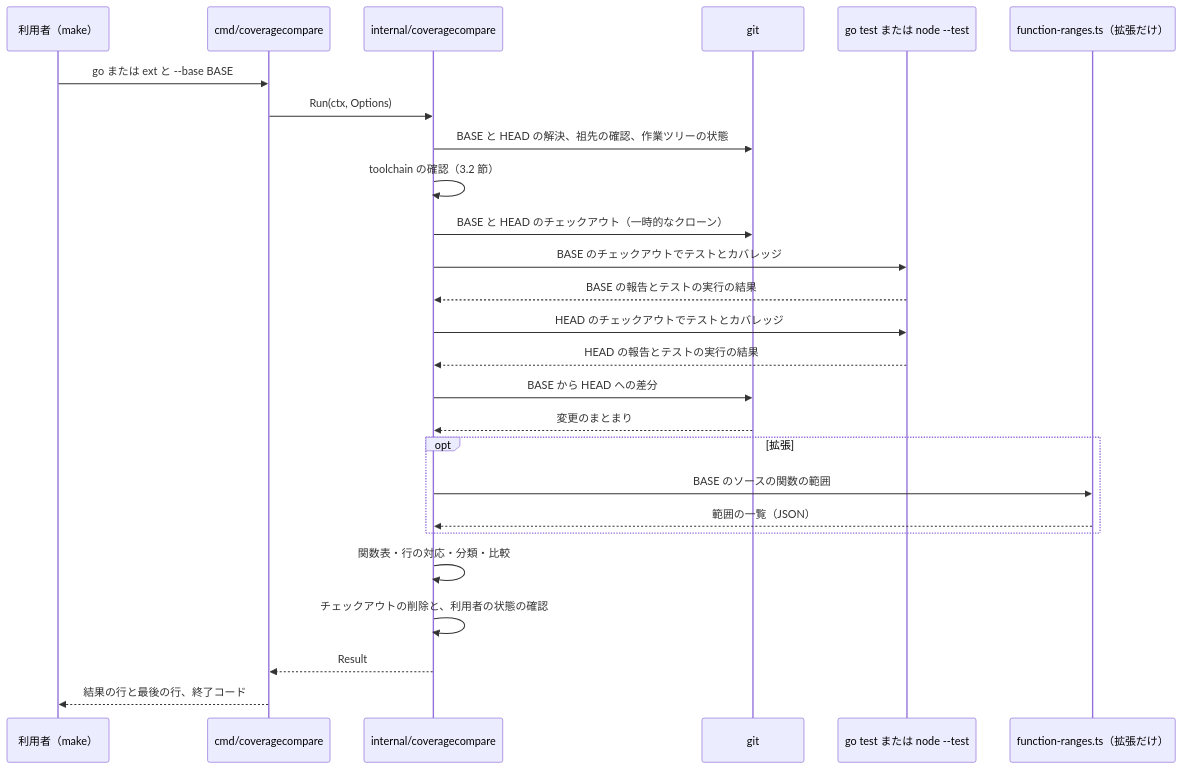
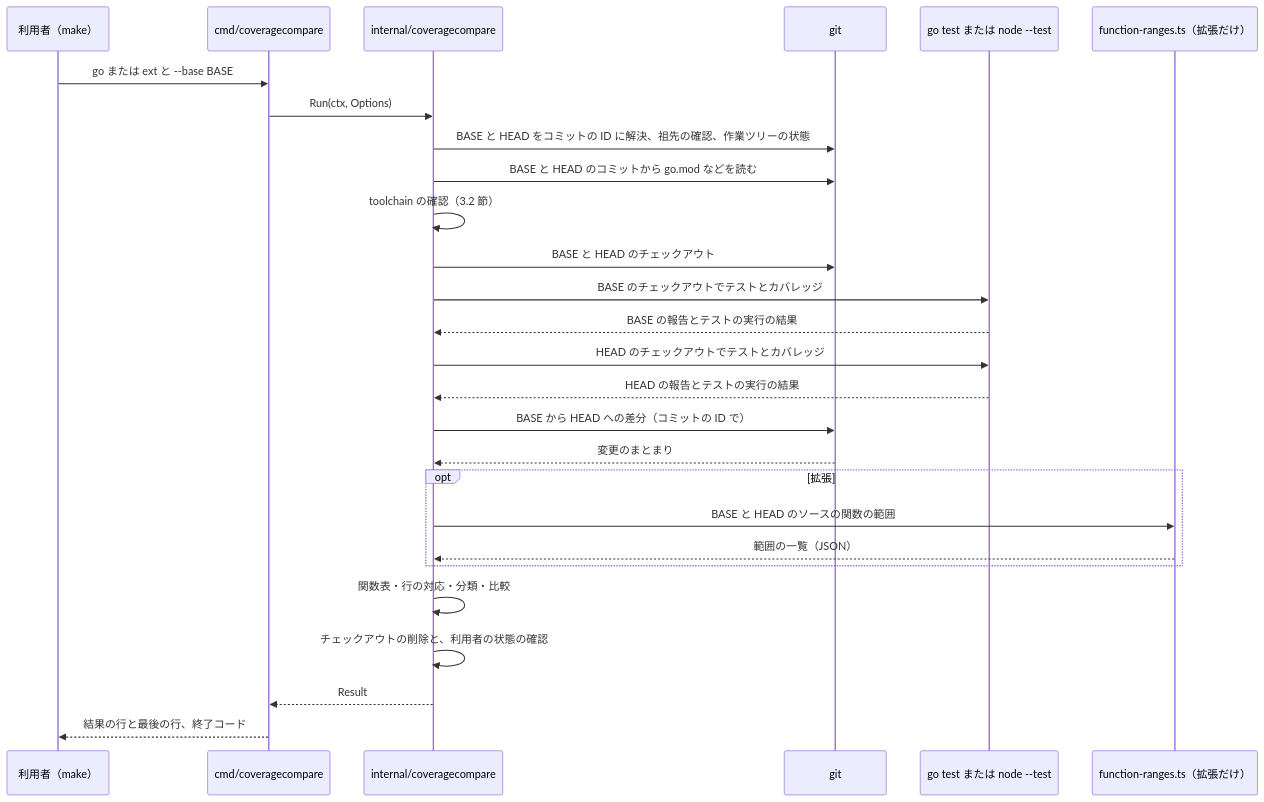
Before and after one commit to isseis/yt2column: the third of 4 diagrams in docs/tasks/0055_coverage_compare/02_architecture.md, drawn with Mermaid. The commit also changed other lines of this file, not shown here.

First line of the commit message:
docs(0055): address the architecture review and Japanese prose findings

````diff
--- a/docs/tasks/0055_coverage_compare/02_architecture.md
+++ b/docs/tasks/0055_coverage_compare/02_architecture.md
@@ -164,29 +171,30 @@
 ```mermaid
 sequenceDiagram
     participant U as 利用者（make）
     participant M as cmd/coveragecompare
     participant C as internal/coveragecompare
     participant G as git
     participant T as go test または node --test
     participant R as function-ranges.ts（拡張だけ）
 
     U->>M: go または ext と --base BASE
     M->>C: Run(ctx, Options)
-    C->>G: BASE と HEAD の解決、祖先の確認、作業ツリーの状態
+    C->>G: BASE と HEAD をコミットの ID に解決、祖先の確認、作業ツリーの状態
+    C->>G: BASE と HEAD のコミットから go.mod などを読む
     C->>C: toolchain の確認（3.2 節）
-    C->>G: BASE と HEAD のチェックアウト（一時的なクローン）
+    C->>G: BASE と HEAD のチェックアウト
     C->>T: BASE のチェックアウトでテストとカバレッジ
     T-->>C: BASE の報告とテストの実行の結果
     C->>T: HEAD のチェックアウトでテストとカバレッジ
     T-->>C: HEAD の報告とテストの実行の結果
-    C->>G: BASE から HEAD への差分
+    C->>G: BASE から HEAD への差分（コミットの ID で）
     G-->>C: 変更のまとまり
     opt 拡張
-        C->>R: BASE のソースの関数の範囲
+        C->>R: BASE と HEAD のソースの関数の範囲
         R-->>C: 範囲の一覧（JSON）
     end
     C->>C: 関数表・行の対応・分類・比較
     C->>C: チェックアウトの削除と、利用者の状態の確認
     C-->>M: Result
     M-->>U: 結果の行と最後の行、終了コード
 ```
````
